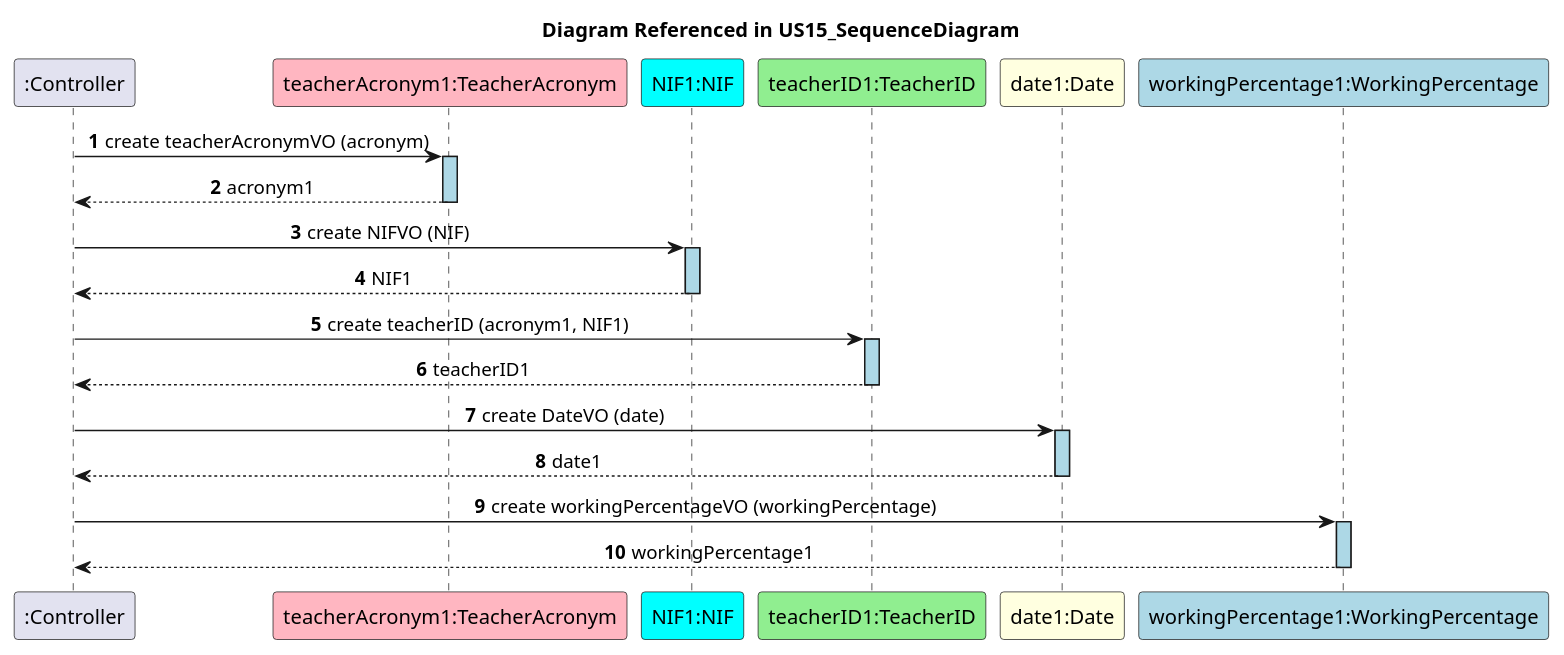
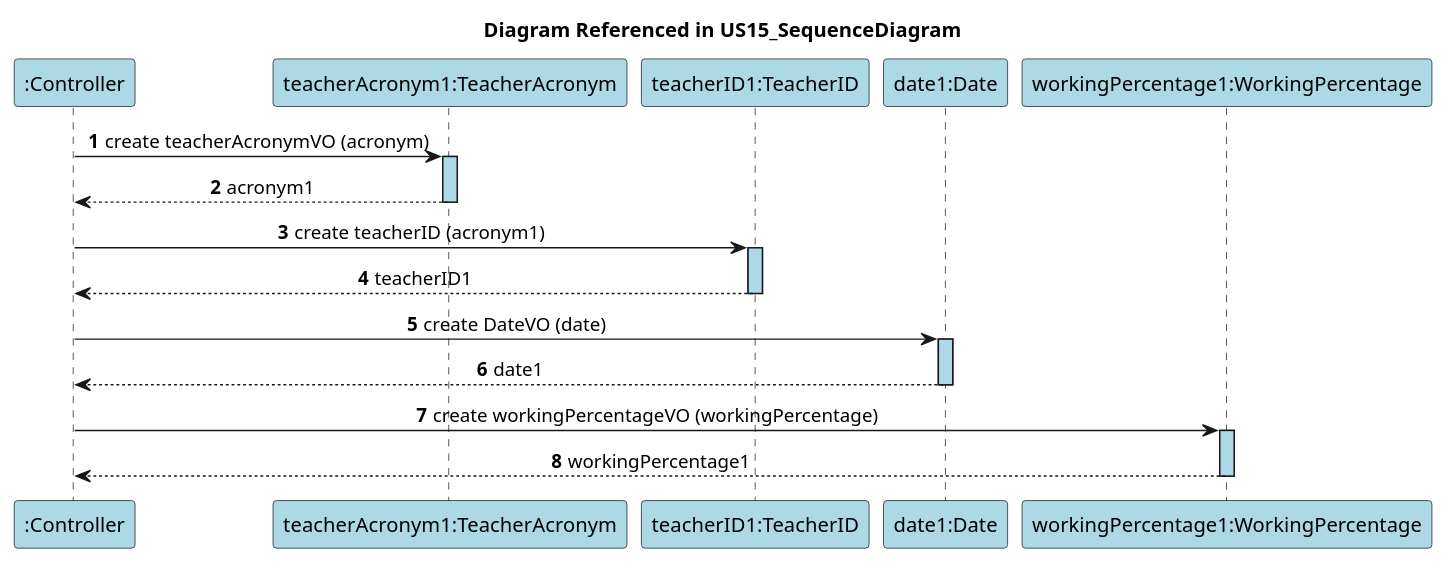
The diagram in docs/US15/UpdateTeacherWorkingPercentage_SpringData/SequenceDiagramRef_VOConversion.puml (GasparISEP/DevOps-PAI), drawn with PlantUML before and after one commit. The commit also changed 5 other files, not shown here.

Commit message:
Update the sequence diagrams for the TeacherCareerProgression aggregate. Refs #268

```diff
--- a/docs/US15/UpdateTeacherWorkingPercentage_SpringData/SequenceDiagramRef_VOConversion.puml
+++ b/docs/US15/UpdateTeacherWorkingPercentage_SpringData/SequenceDiagramRef_VOConversion.puml
@@ -1,39 +1,34 @@
 @startuml
 autonumber
 skinparam sequenceMessageAlign center
 skinparam sequenceLifeLineBackgroundColor lightblue
 title Diagram Referenced in US15_SequenceDiagram
 
-participant ":Controller" as Controller
-participant "teacherAcronym1:TeacherAcronym" as Acronym #lightpink
-participant "NIF1:NIF" as NIF #cyan
-participant "teacherID1:TeacherID" as TeacherID #lightgreen
-participant "date1:Date" as Date #lightyellow
+participant ":Controller" as Controller #lightblue
+participant "teacherAcronym1:TeacherAcronym" as Acronym #lightblue
+participant "teacherID1:TeacherID" as TeacherID #lightblue
+participant "date1:Date" as Date #lightblue
 participant "workingPercentage1:WorkingPercentage" as WorkingPercentage #lightblue
 
 Controller -> Acronym : create teacherAcronymVO (acronym)
 activate Acronym
 Acronym --> Controller : acronym1
 deactivate Acronym
 
-Controller -> NIF : create NIFVO (NIF)
-activate NIF
-NIF --> Controller: NIF1
-deactivate NIF
 
-Controller -> TeacherID : create teacherID (acronym1, NIF1)
+Controller -> TeacherID : create teacherID (acronym1)
 activate TeacherID
 TeacherID --> Controller : teacherID1
 deactivate TeacherID
 
 Controller -> Date : create DateVO (date)
 activate Date
 Date --> Controller : date1
 deactivate Date
 
 Controller -> WorkingPercentage : create workingPercentageVO (workingPercentage)
 activate WorkingPercentage
 WorkingPercentage --> Controller : workingPercentage1
 deactivate WorkingPercentage
 
 @enduml
```
